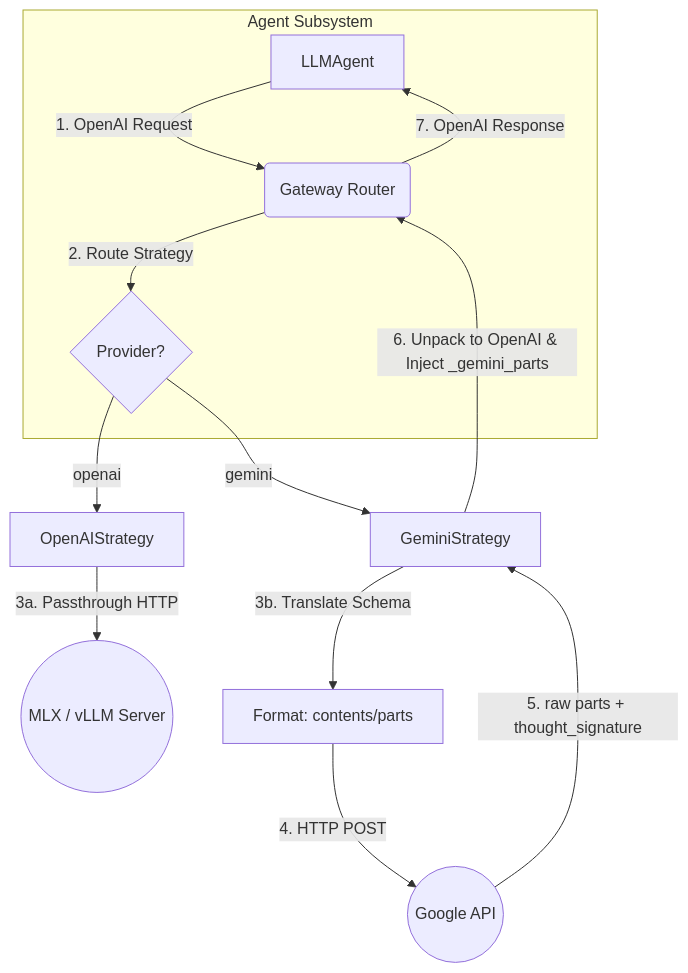
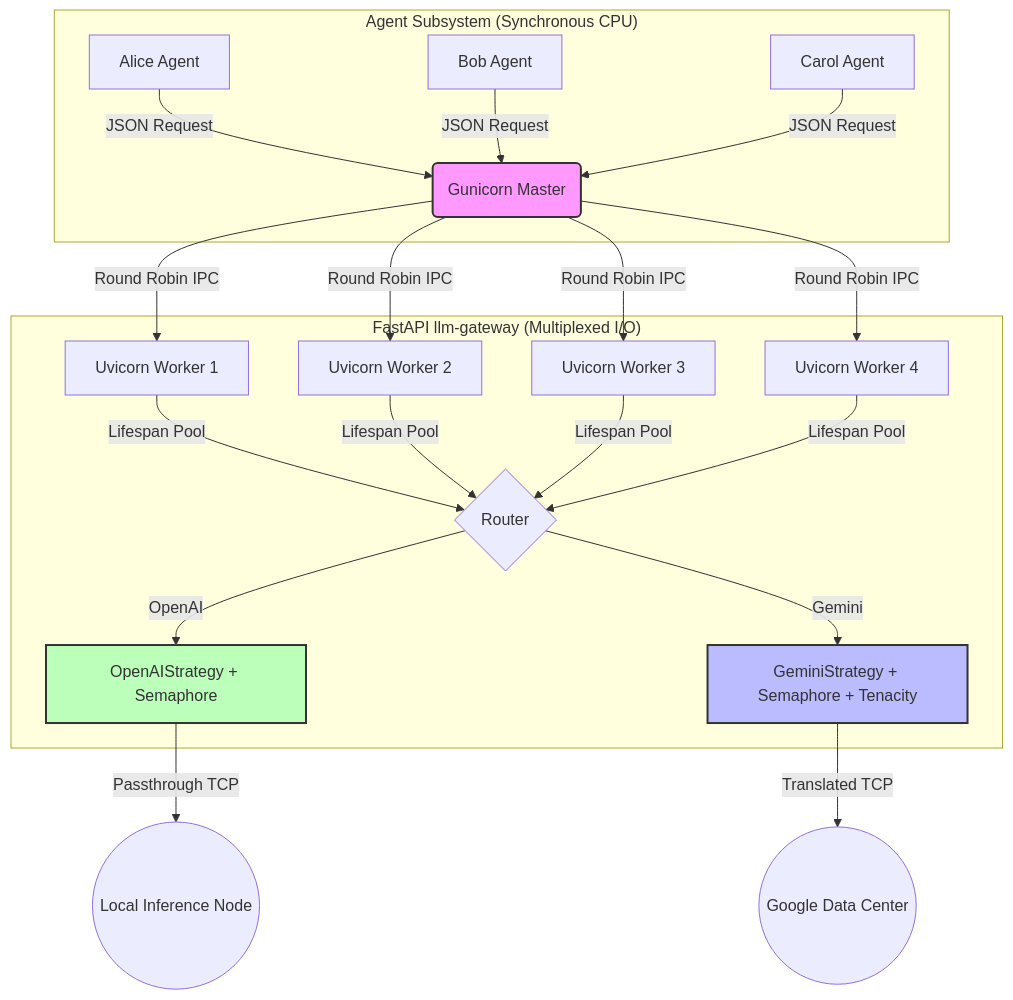
The diagram in docs/draft_pt18_review.md (qzyu999/ContainerClaw), drawn with Mermaid before and after one commit. The commit also changed other lines of this file, not shown here.

Commit message:
docs: LLM API review updates

````diff
--- a/docs/draft_pt18_review.md
+++ b/docs/draft_pt18_review.md
@@ -94,19 +55,31 @@
 ```mermaid
 graph TD
-    subgraph "Agent Subsystem"
-        A[LLMAgent] -->|1. OpenAI Request| B(Gateway Router)
-        B -->|2. Route Strategy| C{Provider?}
+    subgraph "Agent Subsystem (Synchronous CPU)"
+        A1[Alice Agent] -->|JSON Request| GW
+        A2[Bob Agent] -->|JSON Request| GW
+        A3[Carol Agent] -->|JSON Request| GW
     end
 
-    C -->|openai| D[OpenAIStrategy]
-    C -->|gemini| E[GeminiStrategy]
+    subgraph "FastAPI llm-gateway (Multiplexed I/O)"
+        GW(Gunicorn Master)
+        GW -->|Round Robin IPC| W1[Uvicorn Worker 1]
+        GW -->|Round Robin IPC| W2[Uvicorn Worker 2]
+        GW -->|Round Robin IPC| W3[Uvicorn Worker 3]
+        GW -->|Round Robin IPC| W4[Uvicorn Worker 4]
+        
+        W1 --> |Lifespan Pool| STRAT{Router}
+        W2 --> |Lifespan Pool| STRAT
+        W3 --> |Lifespan Pool| STRAT
+        W4 --> |Lifespan Pool| STRAT
+        
+        STRAT --> |OpenAI| OPENAI[OpenAIStrategy + Semaphore]
+        STRAT --> |Gemini| GEMINI[GeminiStrategy + Semaphore + Tenacity]
+    end
 
-    D -->|3a. Passthrough HTTP| LOCAL((MLX / vLLM Server))
-    
-    E -->|3b. Translate Schema| F[Format: contents/parts]
-    F -->|4. HTTP POST| CLOUD((Google API))
-    
-    CLOUD -->|5. raw parts + thought_signature| E
-    E -->|6. Unpack to OpenAI & Inject _gemini_parts| B
-    B -->|7. OpenAI Response| A
+    OPENAI -->|Passthrough TCP| MLX((Local Inference Node))
+    GEMINI -->|Translated TCP| CLOUD((Google Data Center))
+
+    style GW fill:#f9f,stroke:#333,stroke-width:2px
+    style GEMINI fill:#bbf,stroke:#333,stroke-width:2px
+    style OPENAI fill:#bfb,stroke:#333,stroke-width:2px
 ```
````
